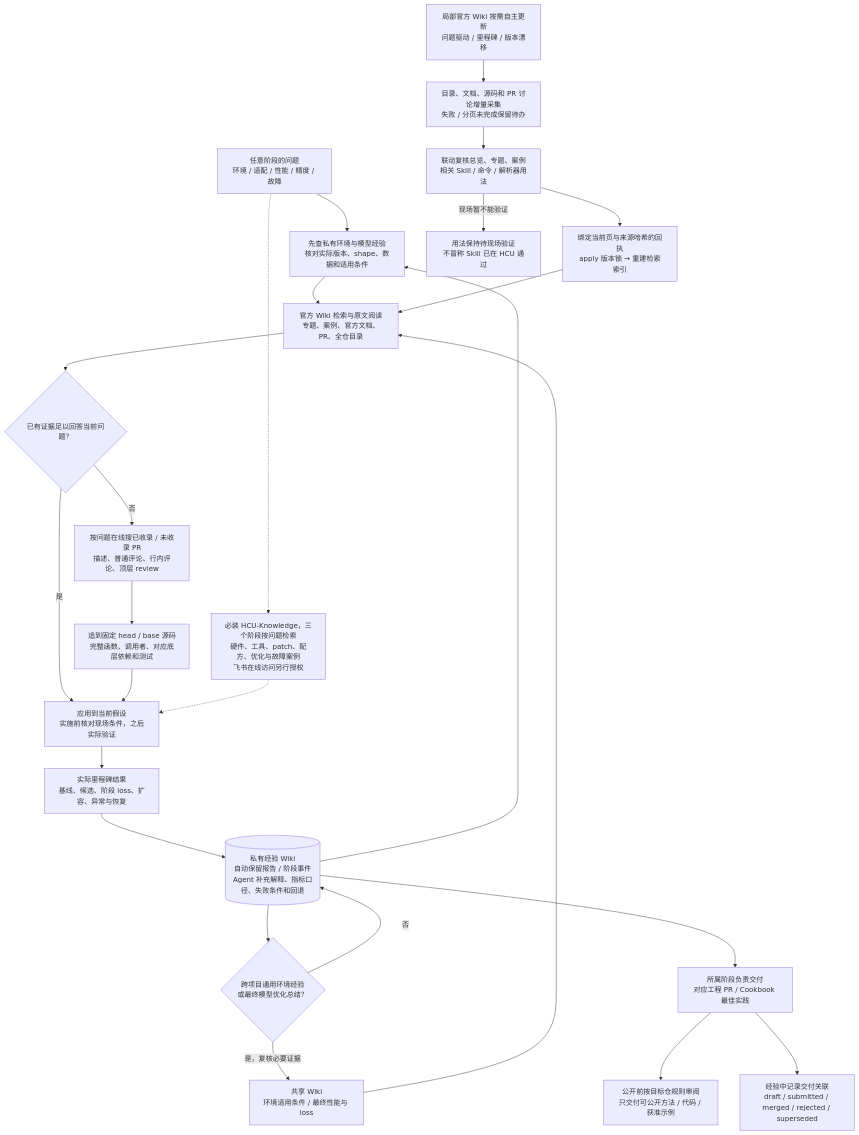
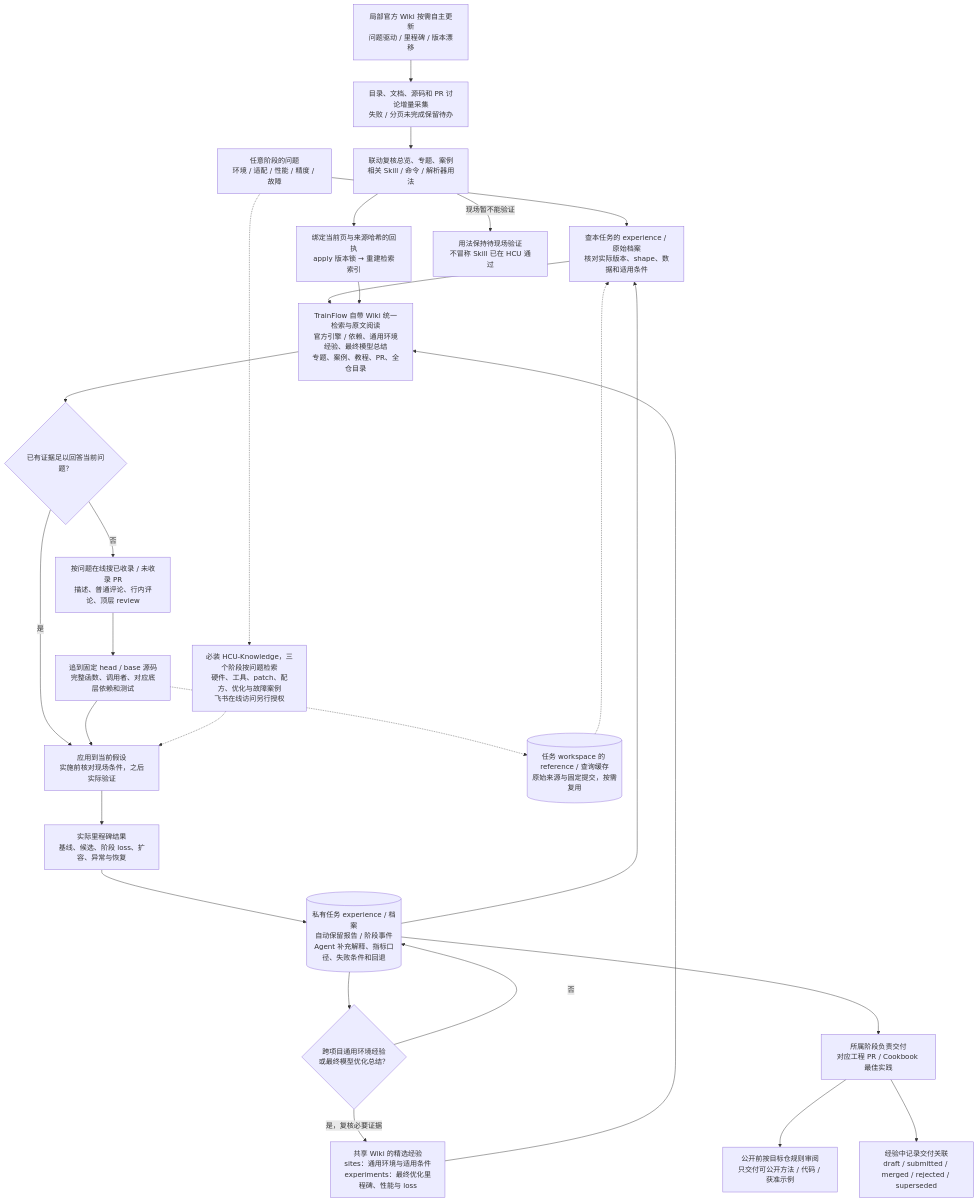
Before and after one commit to yuguo-Jack/HCU-TrainFlow: diagram 12 of 12 in docs/workflow-map.md, drawn with Mermaid. The commit also changed other lines of this file and 11 other files, not shown here.

````diff
--- a/docs/workflow-map.md
+++ b/docs/workflow-map.md
@@ -372,27 +414,29 @@
 ```mermaid
 flowchart TD
-    PROB["任意阶段的问题<br/>环境 / 适配 / 性能 / 精度 / 故障"] --> EXP["先查私有环境与模型经验<br/>核对实际版本、shape、数据和适用条件"]
-    EXP --> LOCAL["官方 Wiki 检索与原文阅读<br/>专题、案例、官方文档、PR、全仓目录"]
+    PROB["任意阶段的问题<br/>环境 / 适配 / 性能 / 精度 / 故障"] --> EXP["查本任务的 experience / 原始档案<br/>核对实际版本、shape、数据和适用条件"]
+    EXP --> LOCAL["TrainFlow 自带 Wiki 统一检索与原文阅读<br/>官方引擎 / 依赖、通用环境经验、最终模型总结<br/>专题、案例、教程、PR、全仓目录"]
     LOCAL --> ANSWER{"已有证据足以回答当前问题？"}
     ANSWER -->|是| USE["应用到当前假设<br/>实施前核对现场条件，之后实际验证"]
     ANSWER -->|否| PR["按问题在线搜已收录 / 未收录 PR<br/>描述、普通评论、行内评论、顶层 review"]
     PR --> CODE["追到固定 head / base 源码<br/>完整函数、调用者、对应底层依赖和测试"]
     CODE --> USE
+    CODE -.-> CACHE[("任务 workspace 的 reference / 查询缓存<br/>原始来源与固定提交，按需复用")]
+    CACHE -.-> EXP
     PROB -.-> HCU["必装 HCU-Knowledge，三个阶段按问题检索<br/>硬件、工具、patch、配方、优化与故障案例<br/>飞书在线访问另行授权"]
     HCU -.-> USE
     USE --> RESULT["实际里程碑结果<br/>基线、候选、阶段 loss、扩容、异常与恢复"]
-    RESULT --> PRIVATE[("私有经验 Wiki<br/>自动保留报告 / 阶段事件<br/>Agent 补充解释、指标口径、失败条件和回退")]
+    RESULT --> PRIVATE[("私有任务 experience / 档案<br/>自动保留报告 / 阶段事件<br/>Agent 补充解释、指标口径、失败条件和回退")]
     PRIVATE --> EXP
     PRIVATE --> CURATE{"跨项目通用环境经验<br/>或最终模型优化总结？"}
-    CURATE -->|是，复核必要证据| SHARED["共享 Wiki<br/>环境适用条件 / 最终性能与 loss"]
+    CURATE -->|是，复核必要证据| SHARED["共享 Wiki 的精选经验<br/>sites：通用环境与适用条件<br/>experiments：最终优化里程碑、性能与 loss"]
     CURATE -->|否| PRIVATE
     SHARED --> LOCAL
     PRIVATE --> DELIVERY["所属阶段负责交付<br/>对应工程 PR / Cookbook 最佳实践"]
     DELIVERY --> PUBLIC["公开前按目标仓规则审阅<br/>只交付可公开方法 / 代码 / 获准示例"]
     DELIVERY --> TRACK["经验中记录交付关联<br/>draft / submitted / merged / rejected / superseded"]
     REFRESH["局部官方 Wiki 按需自主更新<br/>问题驱动 / 里程碑 / 版本漂移"] --> FETCH["目录、文档、源码和 PR 讨论增量采集<br/>失败 / 分页未完成保留待办"]
     FETCH --> IMPACT["联动复核总览、专题、案例<br/>相关 Skill / 命令 / 解析器用法"]
     IMPACT --> APPLY["绑定当前页与来源哈希的回执<br/>apply 版本锁 → 重建检索索引"]
     APPLY --> LOCAL
     IMPACT -->|现场暂不能验证| PENDING["用法保持待现场验证<br/>不冒称 Skill 已在 HCU 通过"]
 ```
````
